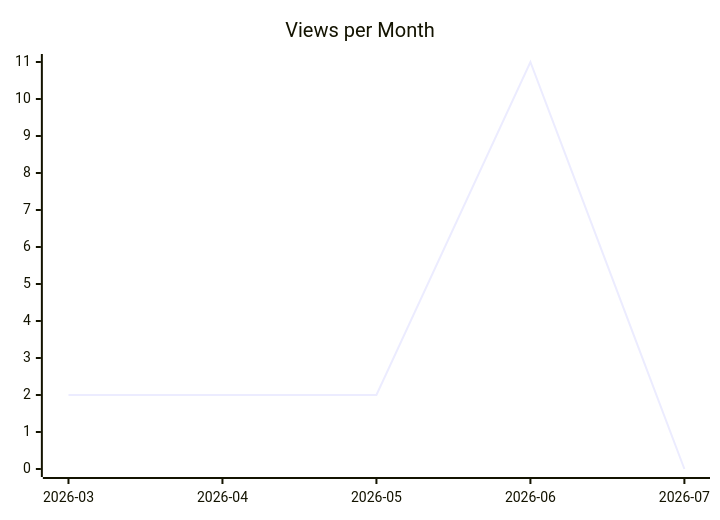
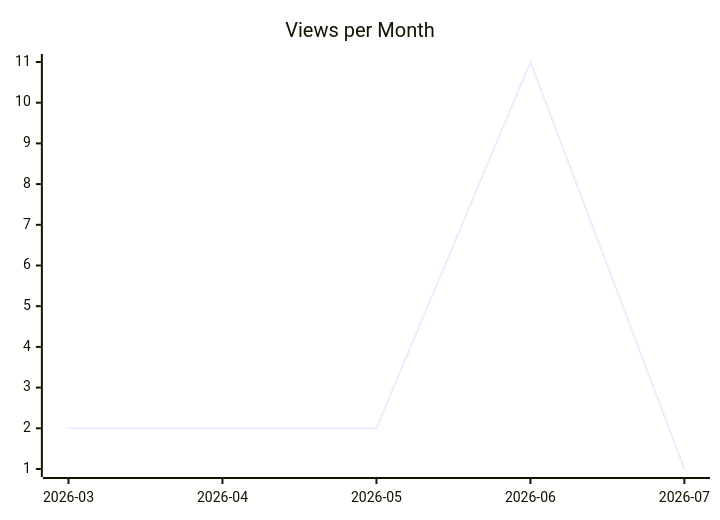
The second of 3 diagrams in karlmdavis/ansible-role-jenkins2/README.md (justdavis-family/github-analytics-data), drawn with Mermaid before and after one commit. The commit also changed other lines of this file and 185 other files, not shown here.

````diff
--- a/karlmdavis/ansible-role-jenkins2/README.md
+++ b/karlmdavis/ansible-role-jenkins2/README.md
@@ -12,6 +12,6 @@
 ```mermaid
 xychart-beta
   title "Views per Month"
   x-axis ["2026-03", "2026-04", "2026-05", "2026-06", "2026-07"]
-  line [2, 2, 2, 11, 0]
+  line [2, 2, 2, 11, 1]
 ```
````
